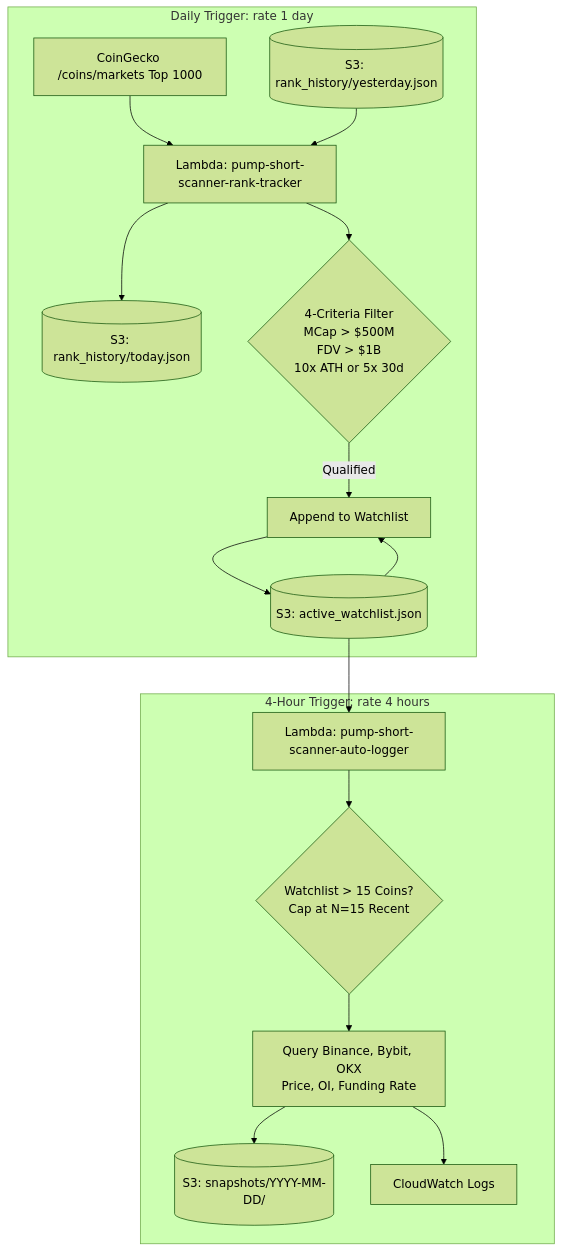
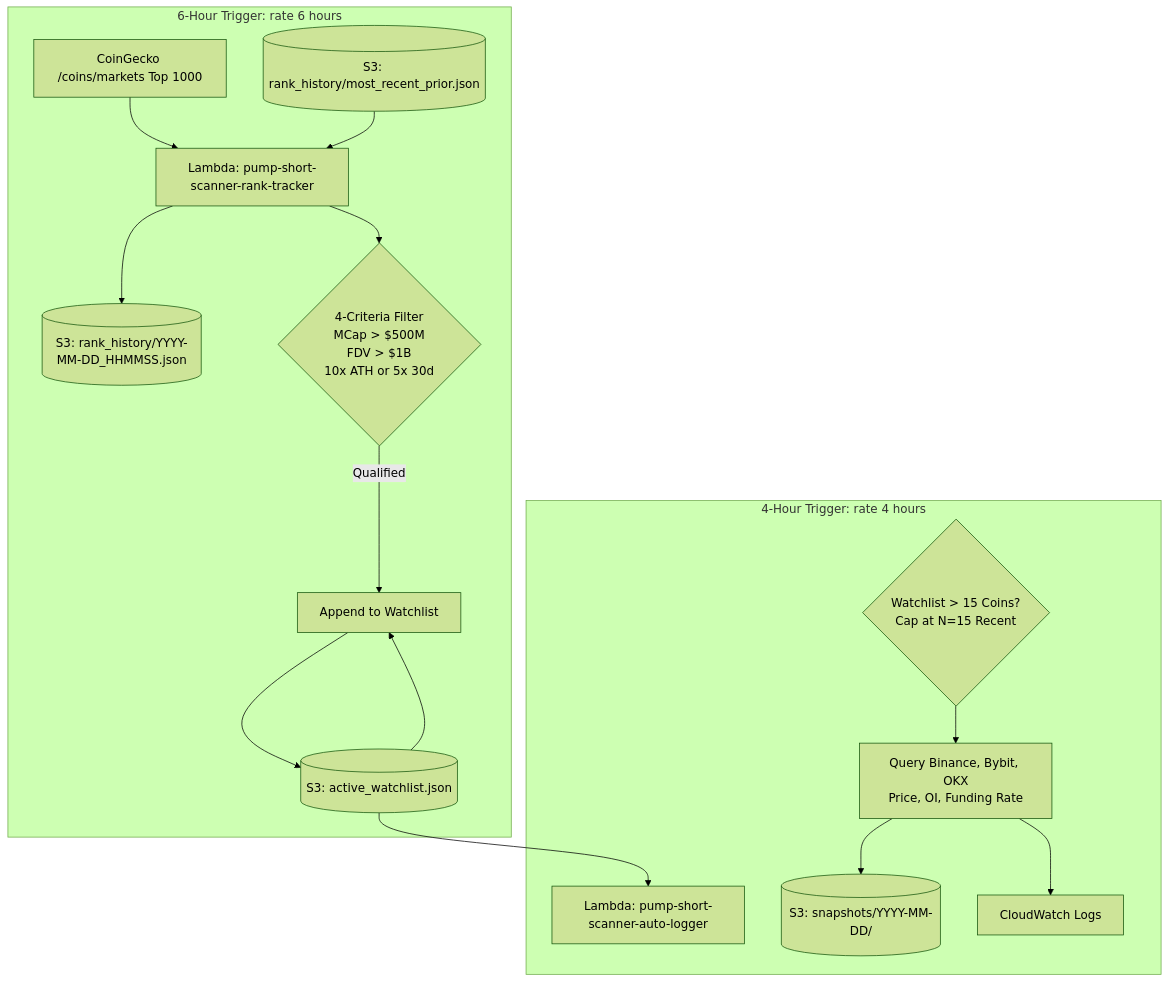
One commit to dhanrajgupta2736/pump-short-scanner changed the diagram in README.md. Above: the diagram before and after it, drawn with Mermaid (forest theme). The commit also changed other lines of this file and 2 other files, not shown here.

Commit message:
feat: Schedule rank tracker every 6 hours and diff against most recent prior snapshot

````diff
--- a/README.md
+++ b/README.md
@@ -72,20 +72,20 @@
 ```mermaid
 flowchart TD
-    subgraph Job 1: Candidate Discovery [Daily Trigger: rate 1 day]
+    subgraph Job 1: Candidate Discovery [6-Hour Trigger: rate 6 hours]
         CG[CoinGecko /coins/markets Top 1000] --> RT[Lambda: pump-short-scanner-rank-tracker]
-        S3_Hist_Old[(S3: rank_history/yesterday.json)] --> RT
-        RT --> S3_Hist_New[(S3: rank_history/today.json)]
+        S3_Hist_Old[(S3: rank_history/most_recent_prior.json)] --> RT
+        RT --> S3_Hist_New[(S3: rank_history/YYYY-MM-DD_HHMMSS.json)]
         RT --> Filter{4-Criteria Filter<br/>MCap > $500M<br/>FDV > $1B<br/>10x ATH or 5x 30d}
         Filter -- Qualified --> WL_Update[Append to Watchlist]
         S3_WL[(S3: active_watchlist.json)] --> WL_Update
         WL_Update --> S3_WL
     end
 
     subgraph Job 2: Derivative Logging [4-Hour Trigger: rate 4 hours]
         S3_WL --> AL[Lambda: pump-short-scanner-auto-logger]
-        AL --> Safeguard{Watchlist > 15 Coins?<br/>Cap at N=15 Recent}
+        Safeguard{Watchlist > 15 Coins?<br/>Cap at N=15 Recent}
         Safeguard --> FetchEx[Query Binance, Bybit, OKX<br/>Price, OI, Funding Rate]
         FetchEx --> S3_Snaps[(S3: snapshots/YYYY-MM-DD/)]
         FetchEx --> CW[CloudWatch Logs]
     end
 ```
````
